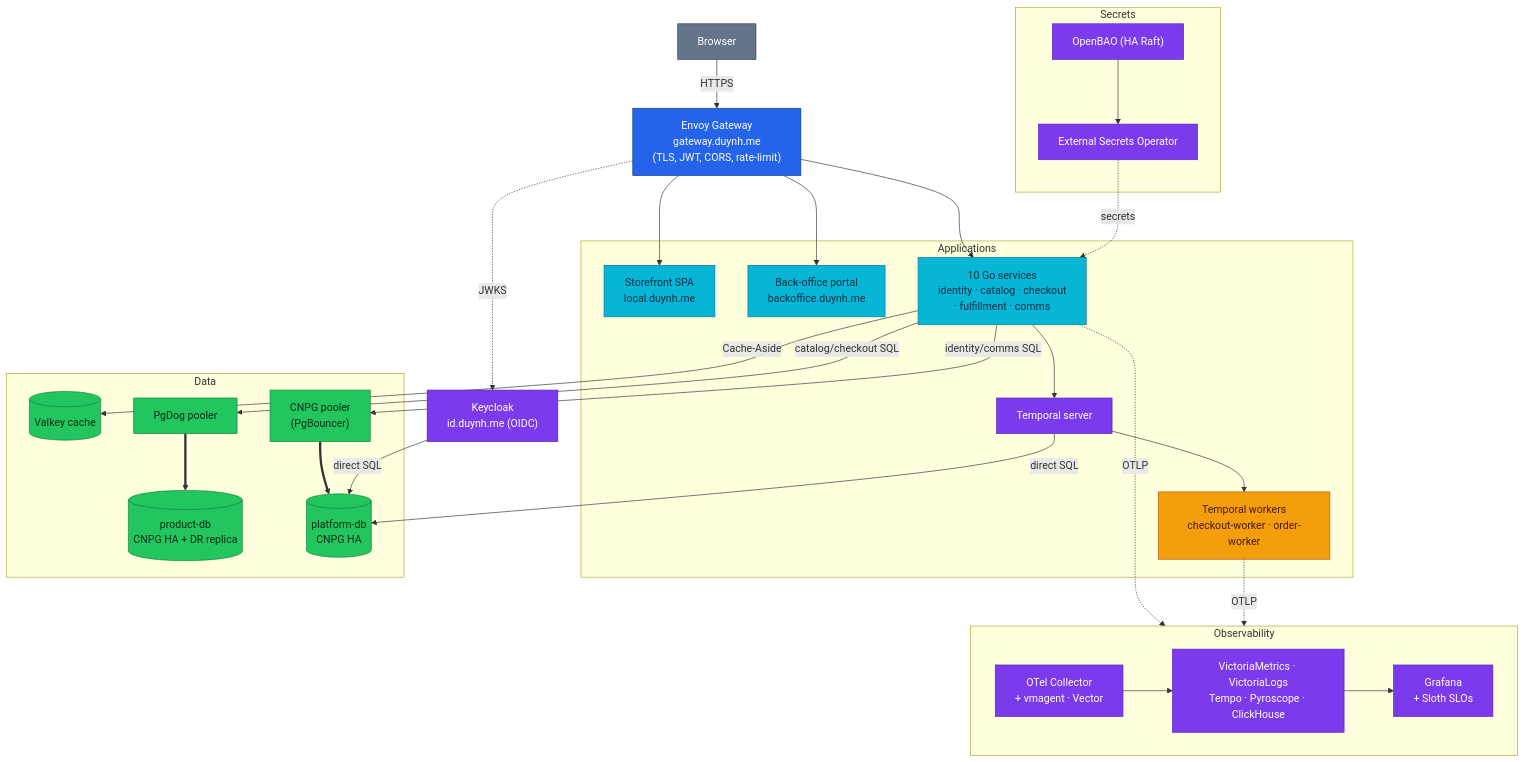
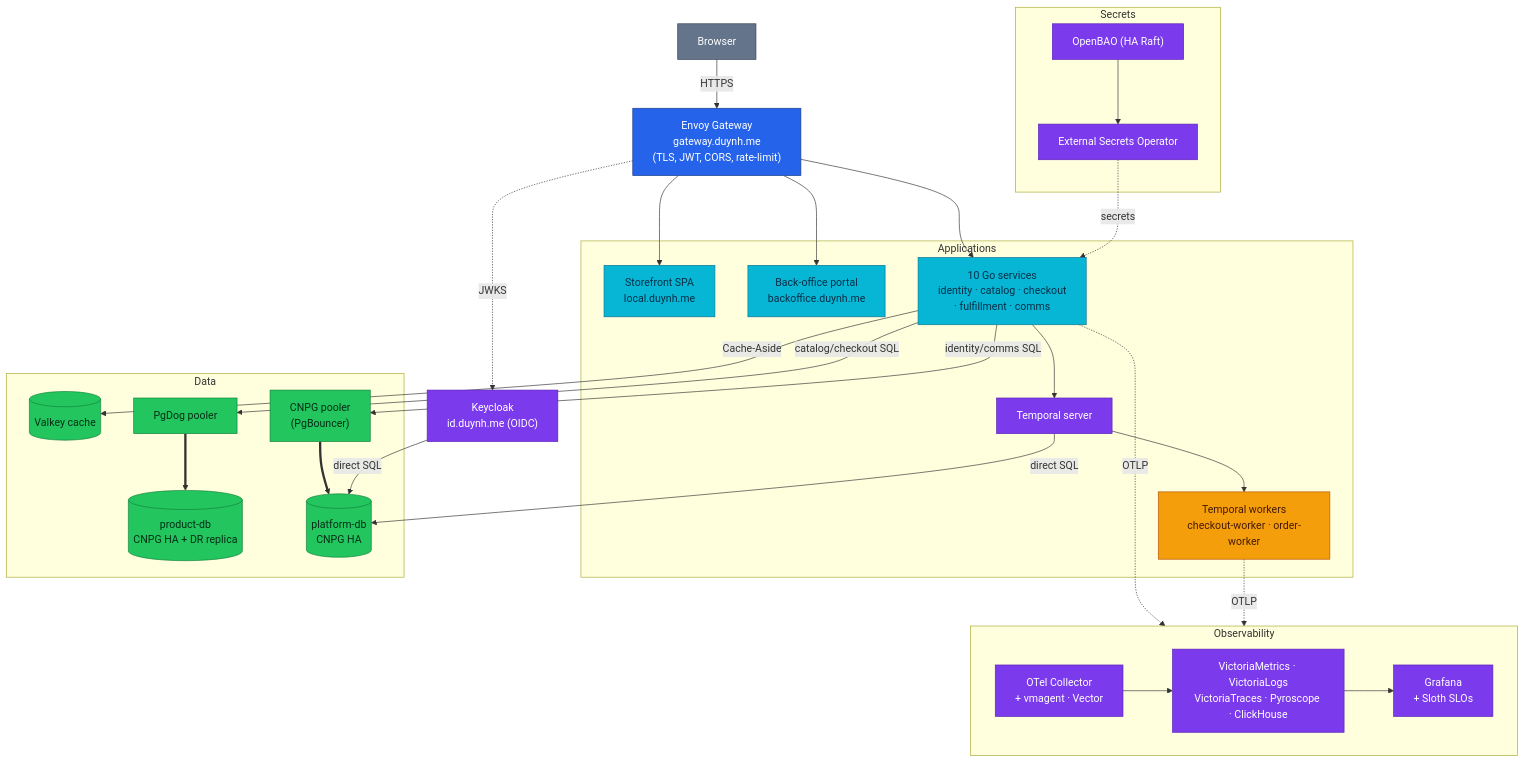
Before and after one commit to duynhlab/homelab: the second of 3 diagrams in README.md, drawn with Mermaid. The commit also changed other lines of this file and 2 other files, not shown here.

First line of the commit message:
Give the README a map of what the platform is

````diff
--- a/README.md
+++ b/README.md
@@ -44,54 +143,54 @@
 ```mermaid
 flowchart TD
     classDef edge fill:#2563eb,color:#fff,stroke:#1e3a8a;
     classDef service fill:#06b6d4,color:#082f49,stroke:#0e7490;
     classDef worker fill:#f59e0b,color:#451a03,stroke:#b45309;
     classDef platform fill:#7c3aed,color:#fff,stroke:#5b21b6;
     classDef data fill:#22c55e,color:#052e16,stroke:#15803d;
     classDef external fill:#64748b,color:#fff,stroke:#334155;
 
     Browser["Browser"]:::external
     EG["Envoy Gateway<br/>gateway.duynh.me<br/>(TLS, JWT, CORS, rate-limit)"]:::edge
     KC["Keycloak<br/>id.duynh.me (OIDC)"]:::platform
 
     subgraph Apps ["Applications"]
         SPA["Storefront SPA<br/>local.duynh.me"]:::service
         BO["Back-office portal<br/>backoffice.duynh.me"]:::service
         SVC["10 Go services<br/>identity · catalog · checkout<br/>· fulfillment · comms"]:::service
         TMP["Temporal server"]:::platform
         WK["Temporal workers<br/>checkout-worker · order-worker"]:::worker
     end
 
     subgraph Data ["Data"]
         valkey[("Valkey cache")]:::data
         pgdog["PgDog pooler"]:::data
         pgb["CNPG pooler<br/>(PgBouncer)"]:::data
         productdb[("product-db<br/>CNPG HA + DR replica")]:::data
         platformdb[("platform-db<br/>CNPG HA")]:::data
     end
 
     subgraph Obs ["Observability"]
         direction LR
         otel["OTel Collector<br/>+ vmagent · Vector"]:::platform
-        backends["VictoriaMetrics · VictoriaLogs<br/>Tempo · Pyroscope · ClickHouse"]:::platform
+        backends["VictoriaMetrics · VictoriaLogs<br/>VictoriaTraces · Pyroscope · ClickHouse"]:::platform
         grafana["Grafana<br/>+ Sloth SLOs"]:::platform
         otel --> backends --> grafana
     end
 
     subgraph Sec ["Secrets"]
         openbao["OpenBAO (HA Raft)"]:::platform
         eso["External Secrets Operator"]:::platform
         openbao --> eso
     end
 
     Browser -->|HTTPS| EG
     EG --> SPA & BO & SVC
     EG -.->|"JWKS"| KC
     SVC -->|"Cache-Aside"| valkey
     SVC --> TMP --> WK
     SVC -->|"catalog/checkout SQL"| pgdog ==> productdb
     SVC -->|"identity/comms SQL"| pgb ==> platformdb
     KC & TMP -->|"direct SQL"| platformdb
     SVC & WK -.->|"OTLP"| otel
     eso -.->|"secrets"| SVC
 ```
````
